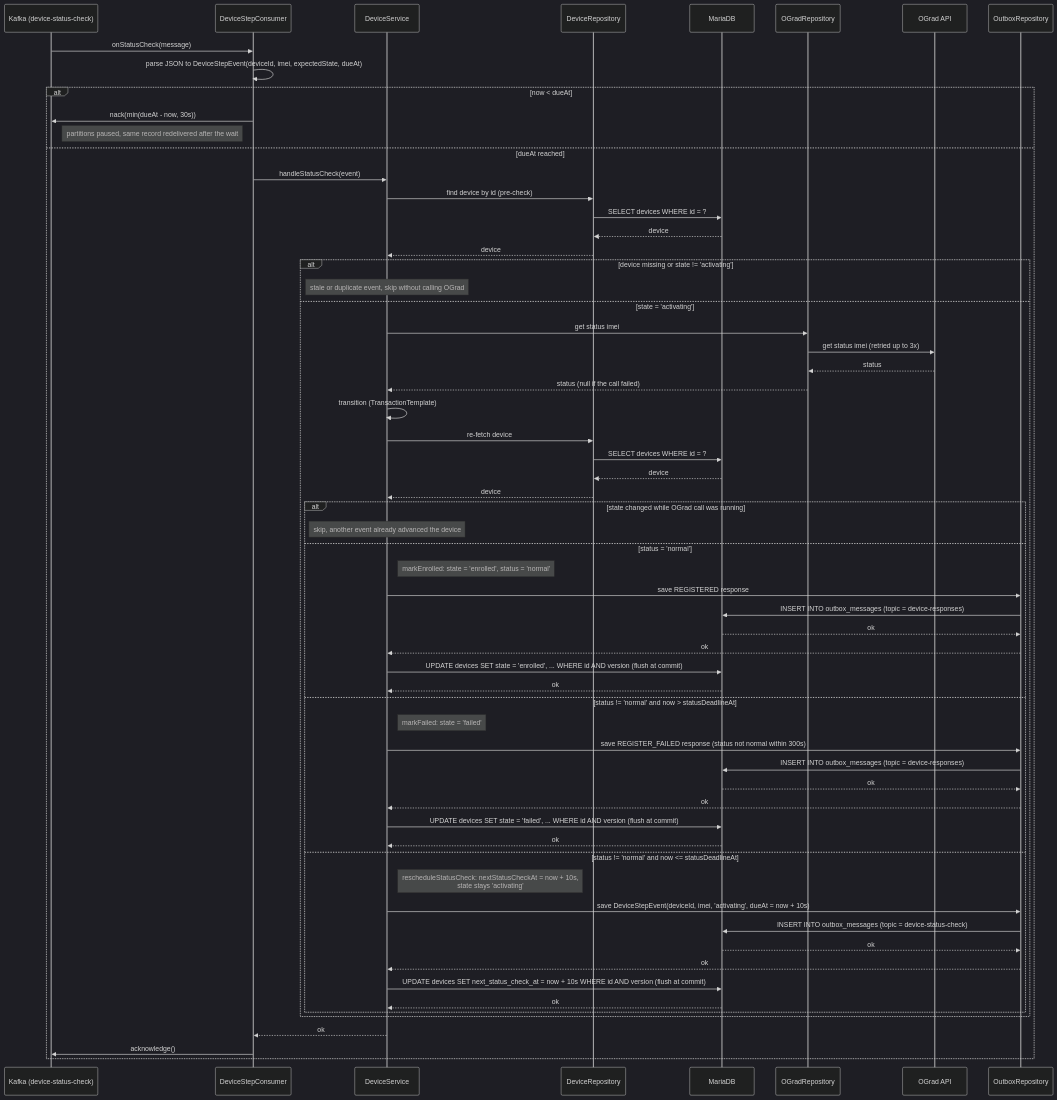
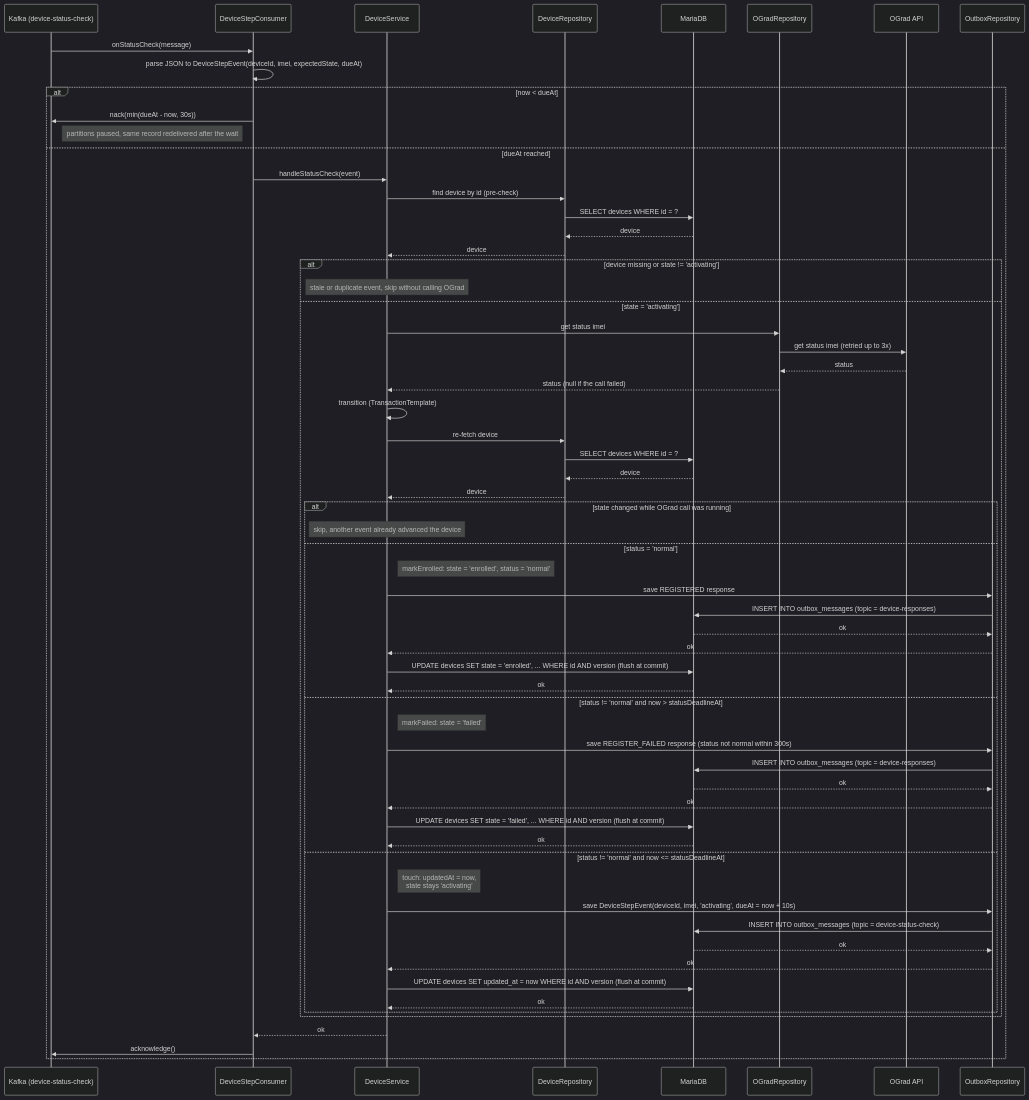
Before and after one commit to tsongpon/gard-service: the diagram in docs/status-check-step-sequence.md, drawn with Mermaid (dark theme). The commit also changed 7 other files, not shown here.

````diff
--- a/docs/status-check-step-sequence.md
+++ b/docs/status-check-step-sequence.md
@@ -7,72 +7,72 @@
 ```mermaid
 sequenceDiagram
     participant Kafka as Kafka (device-status-check)
     participant DeviceStepConsumer
     participant DeviceService
     participant DeviceRepository
     participant MariaDB
     participant OGradRepository
     participant OGrad API
     participant OutboxRepository
 
     Kafka->>DeviceStepConsumer: onStatusCheck(message)
     DeviceStepConsumer->>DeviceStepConsumer: parse JSON to DeviceStepEvent(deviceId, imei, expectedState, dueAt)
 
     alt now < dueAt
         DeviceStepConsumer->>Kafka: nack(min(dueAt - now, 30s))
         Note right of Kafka: partitions paused, same record redelivered after the wait
     else dueAt reached
         DeviceStepConsumer->>DeviceService: handleStatusCheck(event)
 
         DeviceService->>DeviceRepository: find device by id (pre-check)
         DeviceRepository->>MariaDB: SELECT devices WHERE id = ?
         MariaDB-->>DeviceRepository: device
         DeviceRepository-->>DeviceService: device
 
         alt device missing or state != 'activating'
             Note over DeviceService: stale or duplicate event, skip without calling OGrad
         else state = 'activating'
             DeviceService->>OGradRepository: get status imei
             OGradRepository->>OGrad API: get status imei (retried up to 3x)
             OGrad API-->>OGradRepository: status
             OGradRepository-->>DeviceService: status (null if the call failed)
 
             DeviceService->>DeviceService: transition (TransactionTemplate)
             DeviceService->>DeviceRepository: re-fetch device
             DeviceRepository->>MariaDB: SELECT devices WHERE id = ?
             MariaDB-->>DeviceRepository: device
             DeviceRepository-->>DeviceService: device
 
             alt state changed while OGrad call was running
                 Note over DeviceService: skip, another event already advanced the device
             else status = 'normal'
                 Note right of DeviceService: markEnrolled: state = 'enrolled', status = 'normal'
                 DeviceService->>OutboxRepository: save REGISTERED response
                 OutboxRepository->>MariaDB: INSERT INTO outbox_messages (topic = device-responses)
                 MariaDB-->>OutboxRepository: ok
                 OutboxRepository-->>DeviceService: ok
                 DeviceService->>MariaDB: UPDATE devices SET state = 'enrolled', ... WHERE id AND version (flush at commit)
                 MariaDB-->>DeviceService: ok
             else status != 'normal' and now > statusDeadlineAt
                 Note right of DeviceService: markFailed: state = 'failed'
                 DeviceService->>OutboxRepository: save REGISTER_FAILED response (status not normal within 300s)
                 OutboxRepository->>MariaDB: INSERT INTO outbox_messages (topic = device-responses)
                 MariaDB-->>OutboxRepository: ok
                 OutboxRepository-->>DeviceService: ok
                 DeviceService->>MariaDB: UPDATE devices SET state = 'failed', ... WHERE id AND version (flush at commit)
                 MariaDB-->>DeviceService: ok
             else status != 'normal' and now <= statusDeadlineAt
-                Note right of DeviceService: rescheduleStatusCheck: nextStatusCheckAt = now + 10s,<br/>state stays 'activating'
+                Note right of DeviceService: touch: updatedAt = now,<br/>state stays 'activating'
                 DeviceService->>OutboxRepository: save DeviceStepEvent(deviceId, imei, 'activating', dueAt = now + 10s)
                 OutboxRepository->>MariaDB: INSERT INTO outbox_messages (topic = device-status-check)
                 MariaDB-->>OutboxRepository: ok
                 OutboxRepository-->>DeviceService: ok
-                DeviceService->>MariaDB: UPDATE devices SET next_status_check_at = now + 10s WHERE id AND version (flush at commit)
+                DeviceService->>MariaDB: UPDATE devices SET updated_at = now WHERE id AND version (flush at commit)
                 MariaDB-->>DeviceService: ok
             end
         end
 
         DeviceService-->>DeviceStepConsumer: ok
         DeviceStepConsumer->>Kafka: acknowledge()
     end
 ```
````
